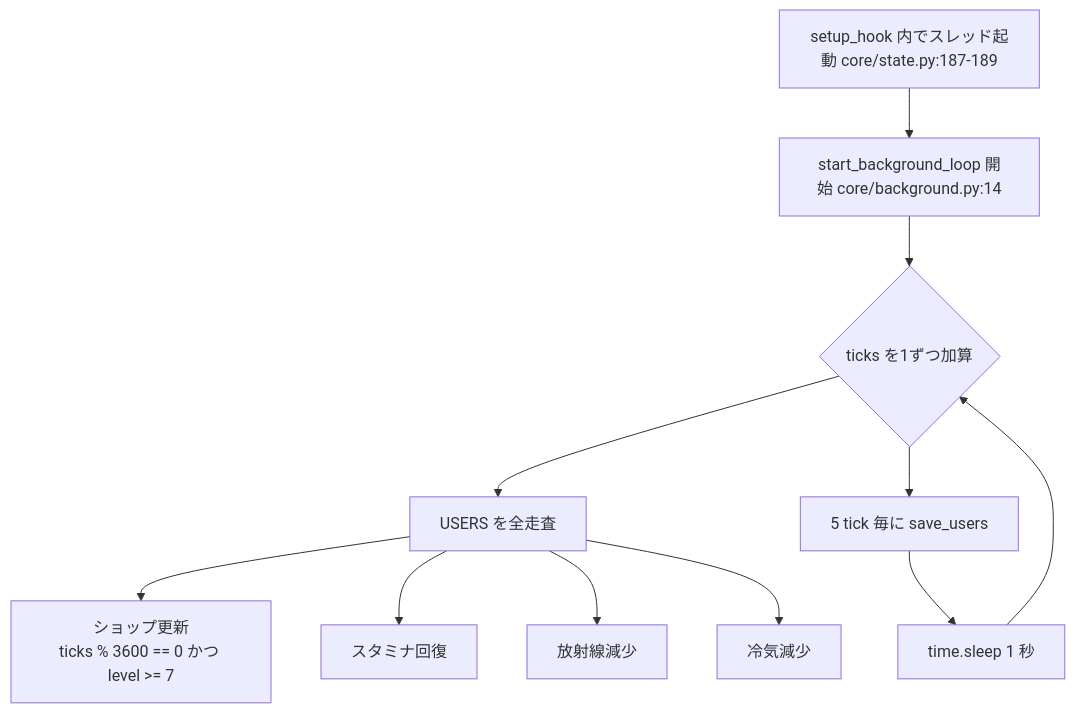
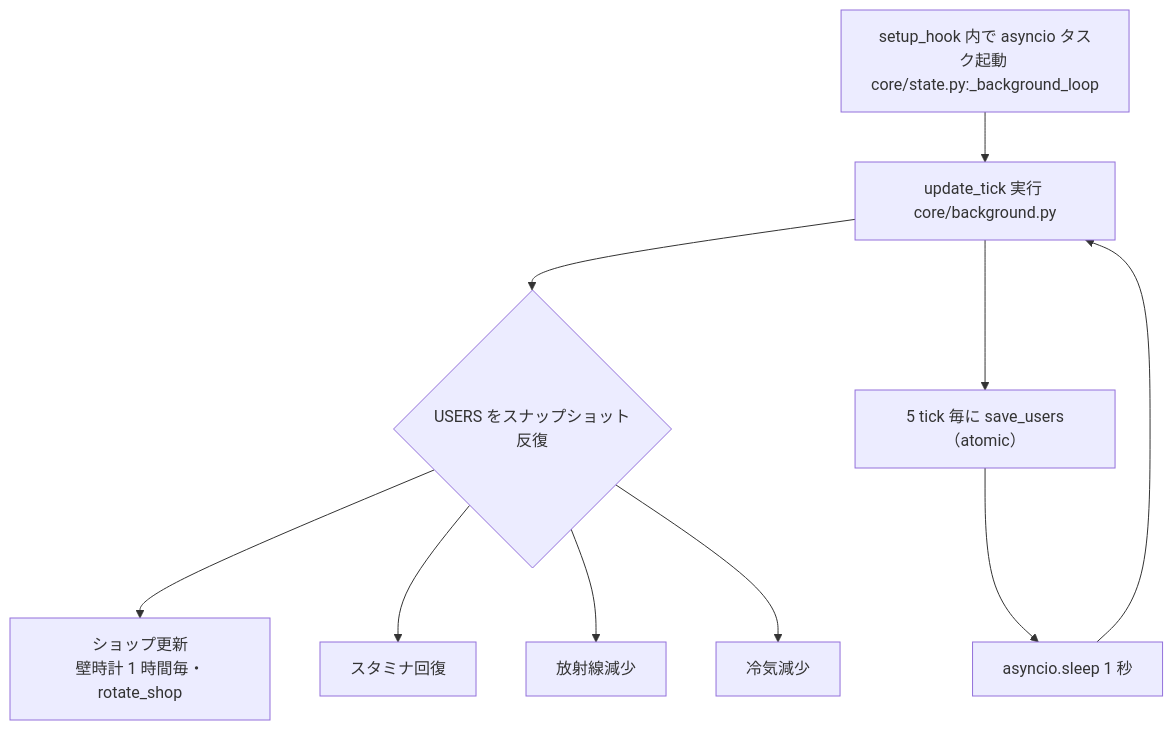
Before and after one commit to Sumire-Labs/Urusaiyatsu: the diagram in docs/07-event-processing/scheduled-and-background-jobs.md, drawn with Mermaid. The commit also changed other lines of this file and 56 other files, not shown here.

````diff
--- a/docs/07-event-processing/scheduled-and-background-jobs.md
+++ b/docs/07-event-processing/scheduled-and-background-jobs.md
@@ -20,13 +20,12 @@
 ```mermaid
 flowchart TD
-    A[setup_hook 内でスレッド起動 core/state.py:187-189] --> B[start_background_loop 開始 core/background.py:14]
-    B --> C{ticks を1ずつ加算}
-    C --> D[USERS を全走査]
-    D --> E[ショップ更新<br/>ticks % 3600 == 0 かつ level >= 7]
-    D --> F[スタミナ回復]
-    D --> G[放射線減少]
-    D --> H[冷気減少]
-    C --> I[5 tick 毎に save_users]
-    I --> J[time.sleep 1 秒]
-    J --> C
+    A[setup_hook 内で asyncio タスク起動 core/state.py:_background_loop] --> B[update_tick 実行 core/background.py]
+    B --> C{USERS をスナップショット反復}
+    C --> D[ショップ更新<br/>壁時計 1 時間毎・rotate_shop]
+    C --> E[スタミナ回復]
+    C --> F[放射線減少]
+    C --> G[冷気減少]
+    B --> H[5 tick 毎に save_users（atomic）]
+    H --> I[asyncio.sleep 1 秒]
+    I --> B
 ```
````
